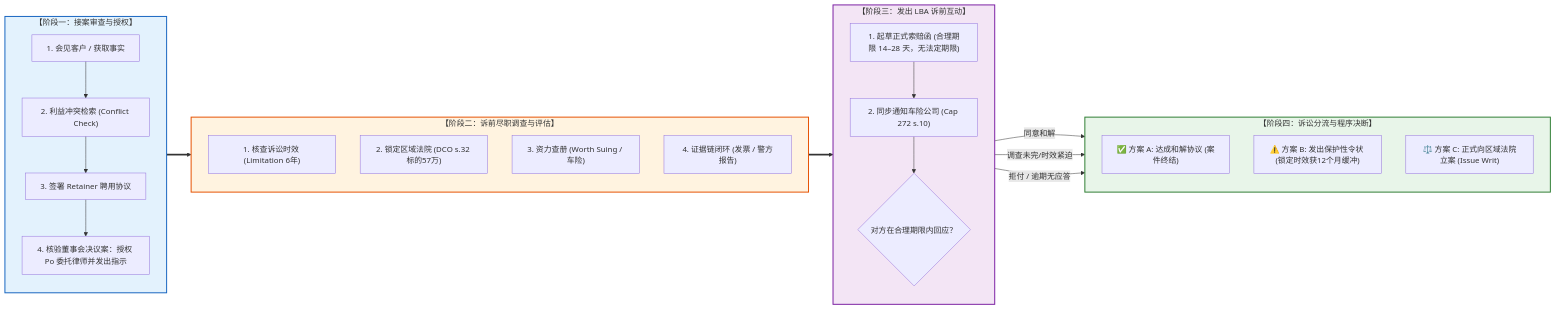
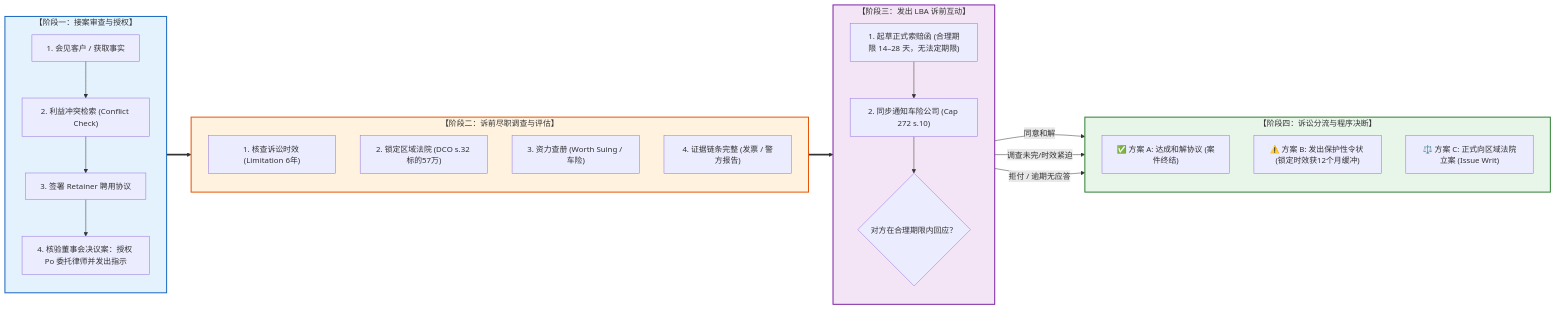
Before and after one commit to mixxmax/pcll-litigation-cards: the fourth of 7 diagrams in src/content/docs/institutions/co01-taking-instructions.md, drawn with Mermaid. The commit also changed other lines of this file and 12 other files, not shown here.

````diff
--- a/src/content/docs/institutions/co01-taking-instructions.md
+++ b/src/content/docs/institutions/co01-taking-instructions.md
@@ -477,43 +477,43 @@
 ```mermaid
 flowchart LR
     subgraph P1 ["【阶段一：接案审查与授权】"]
         direction TB
         A1["1. 会见客户 / 获取事实"] --> A2["2. 利益冲突检索 (Conflict Check)"]
         A2 --> A3["3. 签署 Retainer 聘用协议"]
         A3 --> A4["4. 核验董事会决议案：授权 Po 委托律师并发出指示"]
     end
 
     subgraph P2 ["【阶段二：诉前尽职调查与评估】"]
         direction TB
         B1["1. 核查诉讼时效 (Limitation 6年)"]
         B2["2. 锁定区域法院 (DCO s.32 标的57万)"]
         B3["3. 资力查册 (Worth Suing / 车险)"]
-        B4["4. 证据链闭环 (发票 / 警方报告)"]
+        B4["4. 证据链条完整 (发票 / 警方报告)"]
     end
 
     subgraph P3 ["【阶段三：发出 LBA 诉前互动】"]
         direction TB
         C1["1. 起草正式索赔函 (合理期限 14–28 天，无法定期限)"]
         C2["2. 同步通知车险公司 (Cap 272 s.10)"]
         C3{"对方在合理期限内回应？"}
     end
 
     subgraph P4 ["【阶段四：诉讼分流与程序决断】"]
         direction TB
         D1["✅ 方案 A: 达成和解协议 (案件终结)"]
         D2["⚠️ 方案 B: 发出保护性令状 (锁定时效获12个月缓冲)"]
         D3["⚖️ 方案 C: 正式向区域法院立案 (Issue Writ)"]
     end
 
     P1 ==> P2
     P2 ==> P3
     C1 --> C2 --> C3
     C3 -->|"同意和解"| D1
     C3 -->|"调查未完/时效紧迫"| D2
     C3 -->|"拒付 / 逾期无应答"| D3
 
     style P1 fill:#E3F2FD,stroke:#1565C0,stroke-width:2px
     style P2 fill:#FFF3E0,stroke:#E65100,stroke-width:2px
     style P3 fill:#F3E5F5,stroke:#7B1FA2,stroke-width:2px
     style P4 fill:#E8F5E9,stroke:#2E7D32,stroke-width:2px
 ```
````
